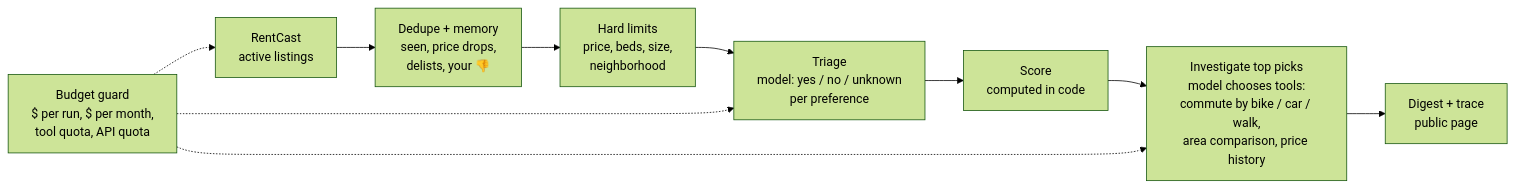
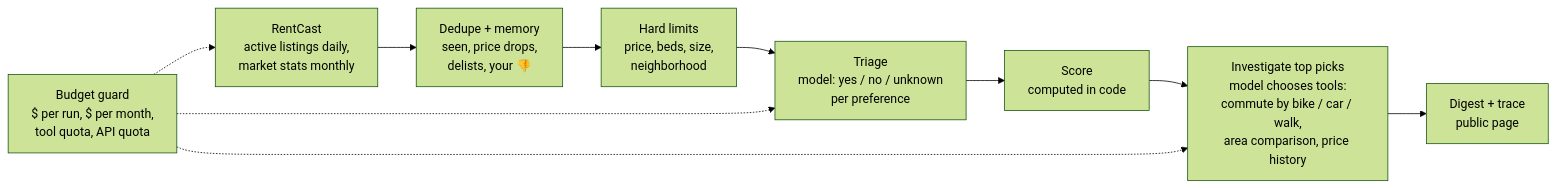
The diagram in README.md (tywangq/rentscout), drawn with Mermaid (forest theme) before and after one commit. The commit also changed other lines of this file and 10 other files, not shown here.

First line of the commit message:
Judge value against RentCast market statistics, not a biased sample

````diff
--- a/README.md
+++ b/README.md
@@ -24,12 +24,12 @@
 ```mermaid
 flowchart LR
-    A[RentCast<br/>active listings] --> B[Dedupe + memory<br/>seen, price drops,<br/>delists, your 👎]
+    A[RentCast<br/>active listings daily,<br/>market stats monthly] --> B[Dedupe + memory<br/>seen, price drops,<br/>delists, your 👎]
     B --> C[Hard limits<br/>price, beds, size,<br/>neighborhood]
     C --> D[Triage<br/>model: yes / no / unknown<br/>per preference]
     D --> E[Score<br/>computed in code]
     E --> F[Investigate top picks<br/>model chooses tools:<br/>commute by bike / car / walk,<br/>area comparison, price history]
     F --> G[Digest + trace<br/>public page]
     BG[Budget guard<br/>$ per run, $ per month,<br/>tool quota, API quota] -.-> D
     BG -.-> F
     BG -.-> A
 ```
````
